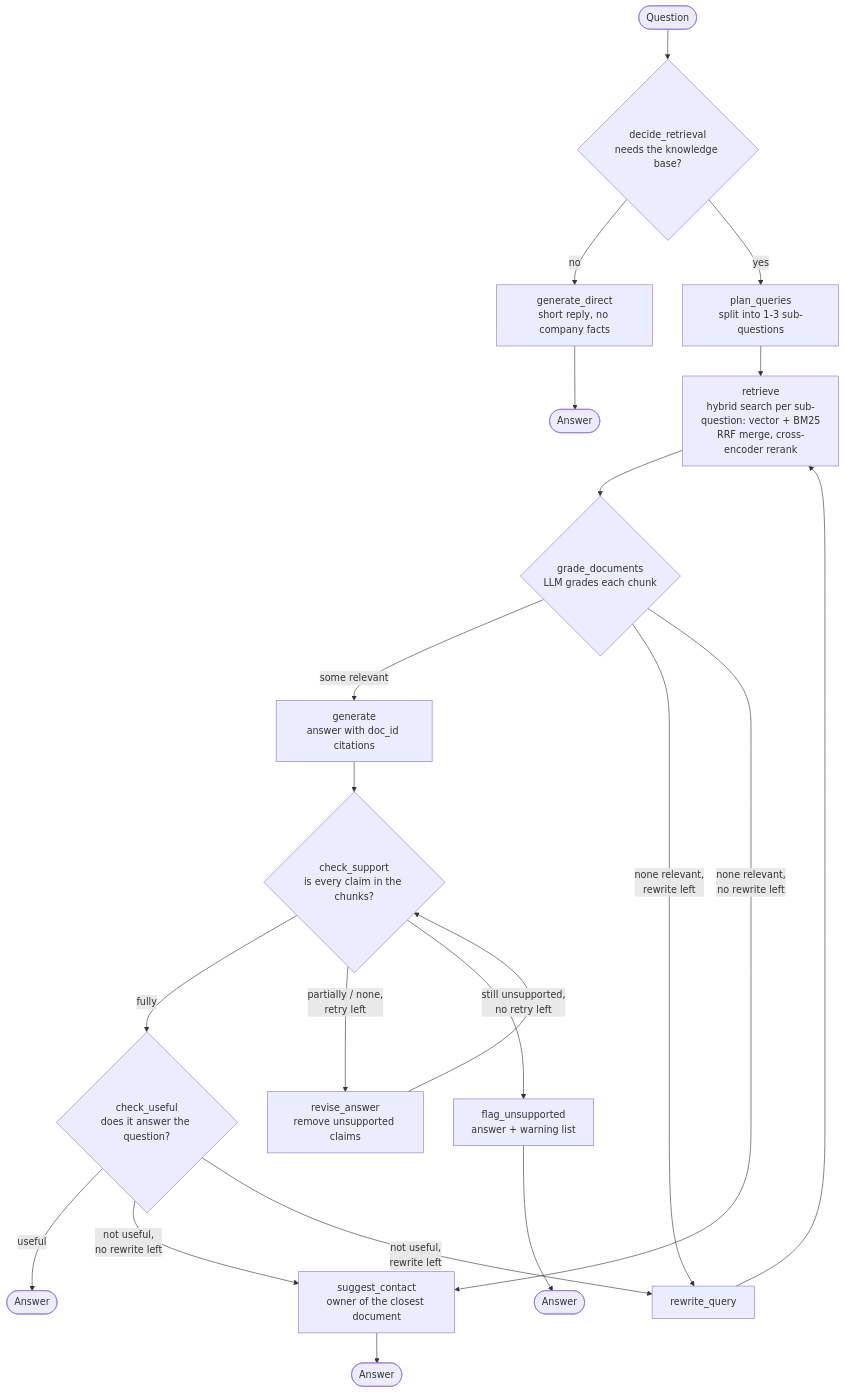
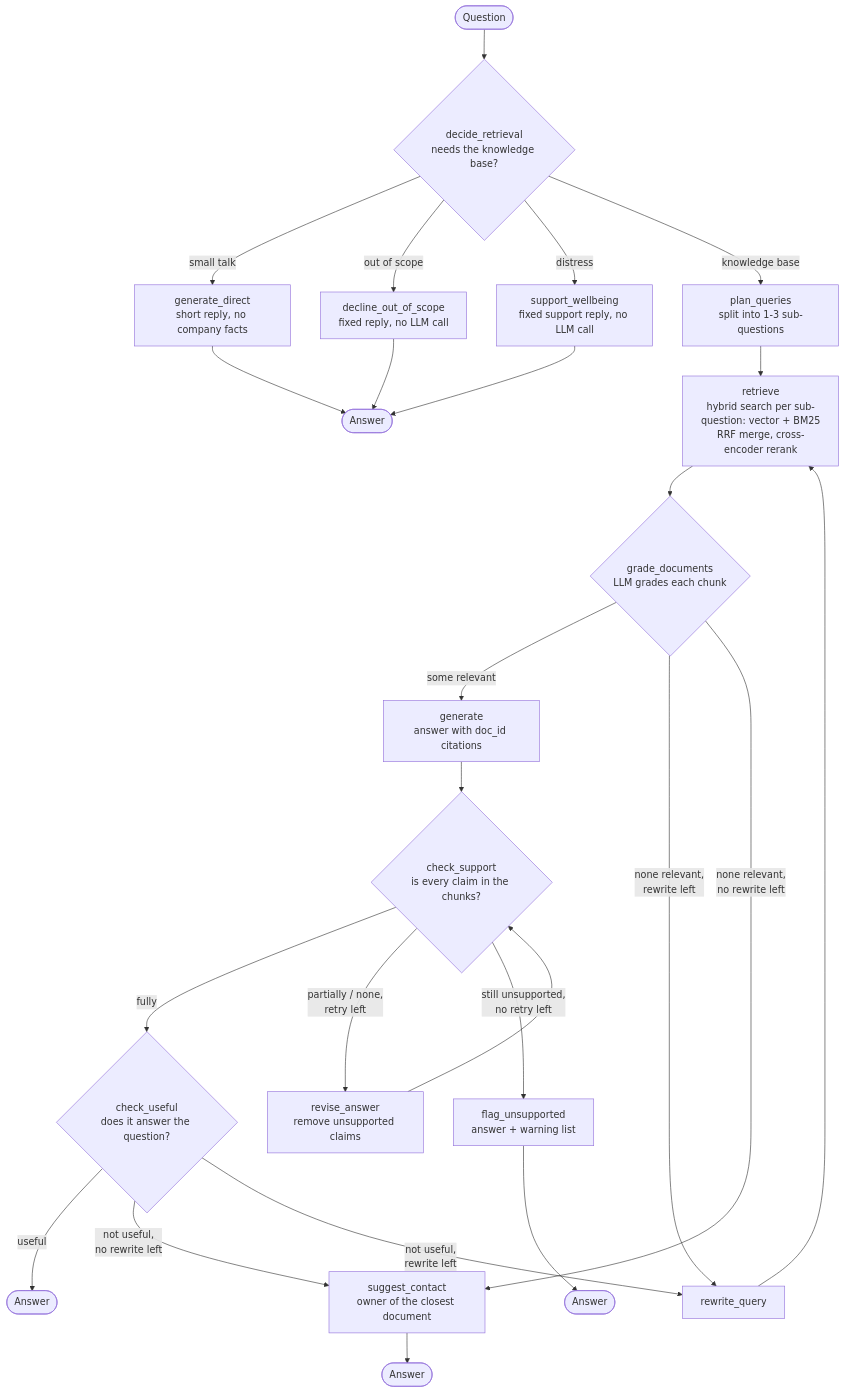
Before and after one commit to kaushik-hadiya/OrbitBot: the diagram in README.md, drawn with Mermaid. The commit also changed other lines of this file and 9 other files, not shown here.

Commit message:
decide: add out_of_scope route with fixed reply; eval: add safety eval (scope, injection, leaks, confidential, sensitive)

````diff
--- a/README.md
+++ b/README.md
@@ -48,20 +48,22 @@
 ```mermaid
 flowchart TD
     Q([Question]) --> D{decide_retrieval<br/>needs the knowledge base?}
-    D -->|no| GD[generate_direct<br/>short reply, no company facts] --> E1([Answer])
-    D -->|yes| P[plan_queries<br/>split into 1-3 sub-questions]
+    D -->|small talk| GD[generate_direct<br/>short reply, no company facts] --> E1([Answer])
+    D -->|out of scope| OOS[decline_out_of_scope<br/>fixed reply, no LLM call] --> E1
+    D -->|distress| WB[support_wellbeing<br/>fixed support reply, no LLM call] --> E1
+    D -->|knowledge base| P[plan_queries<br/>split into 1-3 sub-questions]
     P --> R[retrieve<br/>hybrid search per sub-question: vector + BM25<br/>RRF merge, cross-encoder rerank]
     R --> G{grade_documents<br/>LLM grades each chunk}
     G -->|some relevant| GEN[generate<br/>answer with doc_id citations]
     G -->|none relevant,<br/>rewrite left| RW[rewrite_query]
     G -->|none relevant,<br/>no rewrite left| SC[suggest_contact<br/>owner of the closest document] --> E2([Answer])
     GEN --> S{check_support<br/>is every claim in the chunks?}
     S -->|fully| U{check_useful<br/>does it answer the question?}
     S -->|partially / none,<br/>retry left| RV[revise_answer<br/>remove unsupported claims]
     RV --> S
     S -->|still unsupported,<br/>no retry left| F[flag_unsupported<br/>answer + warning list] --> E3([Answer])
     U -->|useful| E4([Answer])
     U -->|not useful,<br/>no rewrite left| SC
     U -->|not useful,<br/>rewrite left| RW
     RW --> R
 ```
````
